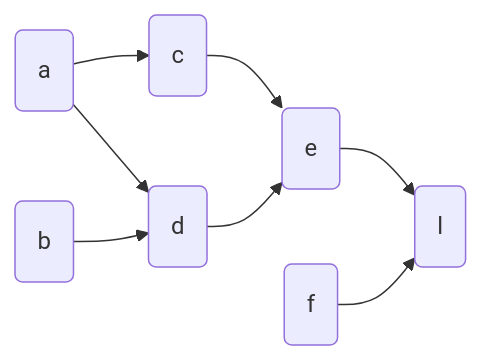
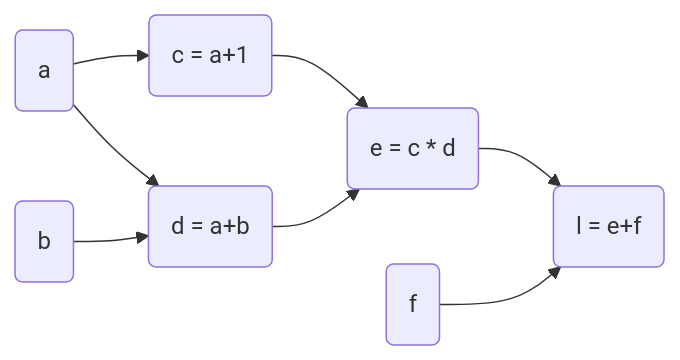
The first of 7 diagrams in posts/2023-04-22-autograd/index.qmd (koushikkhan/koushikkhan.github.io), drawn with Mermaid before and after one commit. The commit also changed other lines of this file and 4 other files, not shown here.

````diff
--- a/posts/2023-04-22-autograd/index.qmd
+++ b/posts/2023-04-22-autograd/index.qmd
@@ -159,11 +159,11 @@
 ```{mermaid}
 %%| fig-width: 4.0
 graph LR
-  a(a) --> c(c)
-  a(a) --> d(d)
-  b(b) --> d(d)
-  c(c) --> e(e)
-  d(d) --> e(e)
-  e(e) --> l(l)
-  f(f) --> l(l)
+  a(a) --> c(c = a+1)
+  a(a) --> d(d = a+b)
+  b(b) --> d(d = a+b)
+  c(c = a+1) --> e(e = c * d)
+  d(d = a+b) --> e(e = c * d)
+  e(e = c * d) --> l(l = e+f)
+  f(f) --> l(l = e+f)
 ```
````
